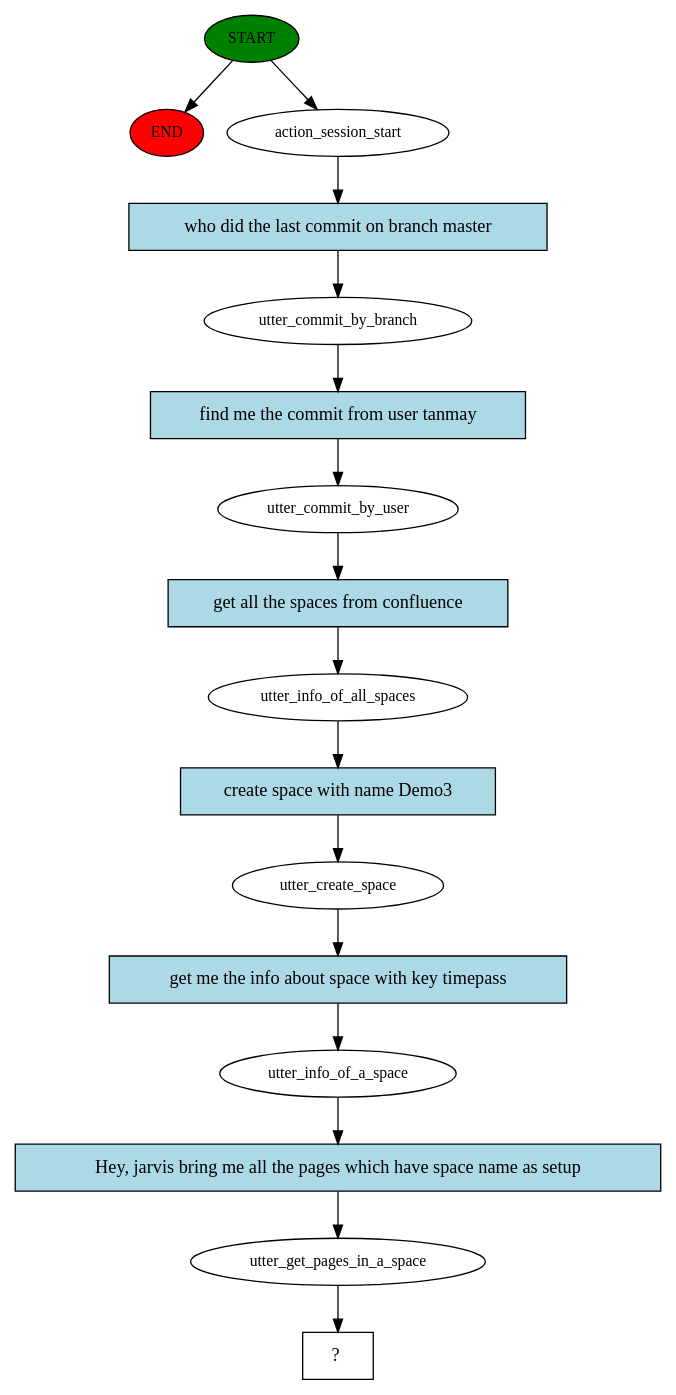
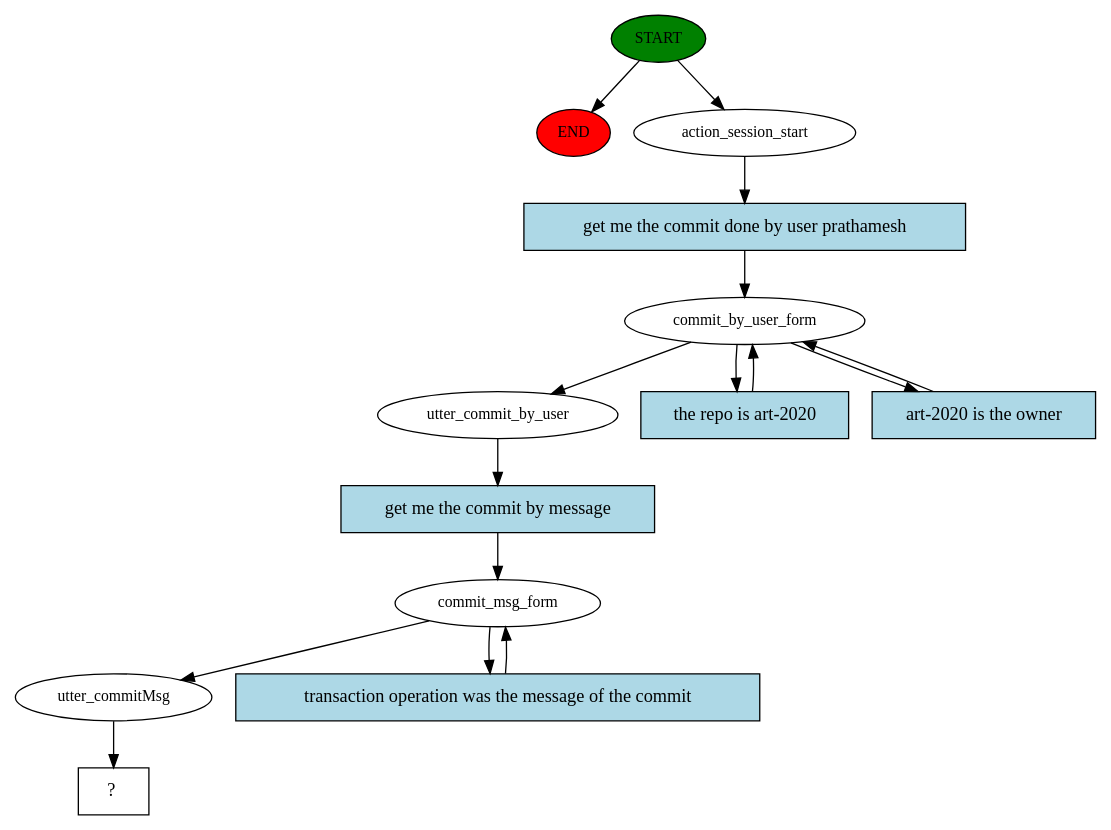
Before and after one commit to JKhan01/SM446_TeamXYZ: the diagram in integrateBot/story_graph.dot, drawn with Graphviz. The commit also changed 9 other files, not shown here.

```diff
--- a/integrateBot/story_graph.dot
+++ b/integrateBot/story_graph.dot
@@ -1,33 +1,30 @@
 digraph  {
 0 [class="start active", fillcolor=green, fontsize=12, label=START, style=filled];
 "-1" [class=end, fillcolor=red, fontsize=12, label=END, style=filled];
 1 [class=active, fontsize=12, label=action_session_start];
-2 [class=active, fontsize=12, label=utter_commit_by_branch];
-3 [class=active, fontsize=12, label=utter_commit_by_user];
-4 [class=active, fontsize=12, label=utter_info_of_all_spaces];
-5 [class=active, fontsize=12, label=utter_create_space];
-6 [class=active, fontsize=12, label=utter_info_of_a_space];
-7 [class=active, fontsize=12, label=utter_get_pages_in_a_space];
-8 [class="intent dashed active", label="  ?  ", shape=rect];
-9 [class="intent active", fillcolor=lightblue, label="who did the last commit on branch master", shape=rect, style=filled];
-10 [class="intent active", fillcolor=lightblue, label="find me the commit from user tanmay", shape=rect, style=filled];
-11 [class="intent active", fillcolor=lightblue, label="get all the spaces from confluence", shape=rect, style=filled];
-12 [class="intent active", fillcolor=lightblue, label="create space with name Demo3", shape=rect, style=filled];
-13 [class="intent active", fillcolor=lightblue, label="get me the info about space with key timepass", shape=rect, style=filled];
-14 [class="intent active", fillcolor=lightblue, label="Hey, jarvis bring me all the pages which have space name as setup", shape=rect, style=filled];
+2 [class=active, fontsize=12, label=commit_by_user_form];
+5 [class=active, fontsize=12, label=utter_commit_by_user];
+6 [class=active, fontsize=12, label=commit_msg_form];
+8 [class=active, fontsize=12, label=utter_commitMsg];
+9 [class="intent dashed active", label="  ?  ", shape=rect];
+10 [class="intent active", fillcolor=lightblue, label="get me the commit done by user prathamesh", shape=rect, style=filled];
+11 [class="intent active", fillcolor=lightblue, label="the repo is art-2020", shape=rect, style=filled];
+12 [class="intent active", fillcolor=lightblue, label="art-2020 is the owner", shape=rect, style=filled];
+13 [class="intent active", fillcolor=lightblue, label="get me the commit by message", shape=rect, style=filled];
+14 [class="intent active", fillcolor=lightblue, label="transaction operation was the message of the commit", shape=rect, style=filled];
 0 -> "-1"  [class="", key=NONE, label=""];
 0 -> 1  [class=active, key=NONE, label=""];
-1 -> 9  [class=active, key=0];
-2 -> 10  [class=active, key=0];
-3 -> 11  [class=active, key=0];
-4 -> 12  [class=active, key=0];
+1 -> 10  [class=active, key=0];
+2 -> 5  [class=active, key=NONE, label=""];
+2 -> 11  [class=active, key=0];
+2 -> 12  [class=active, key=0];
 5 -> 13  [class=active, key=0];
+6 -> 8  [class=active, key=NONE, label=""];
 6 -> 14  [class=active, key=0];
-7 -> 8  [class=active, key=NONE, label=""];
-9 -> 2  [class=active, key=0];
-10 -> 3  [class=active, key=0];
-11 -> 4  [class=active, key=0];
-12 -> 5  [class=active, key=0];
+8 -> 9  [class=active, key=NONE, label=""];
+10 -> 2  [class=active, key=0];
+11 -> 2  [class=active, key=0];
+12 -> 2  [class=active, key=0];
 13 -> 6  [class=active, key=0];
-14 -> 7  [class=active, key=0];
+14 -> 6  [class=active, key=0];
 }
```
